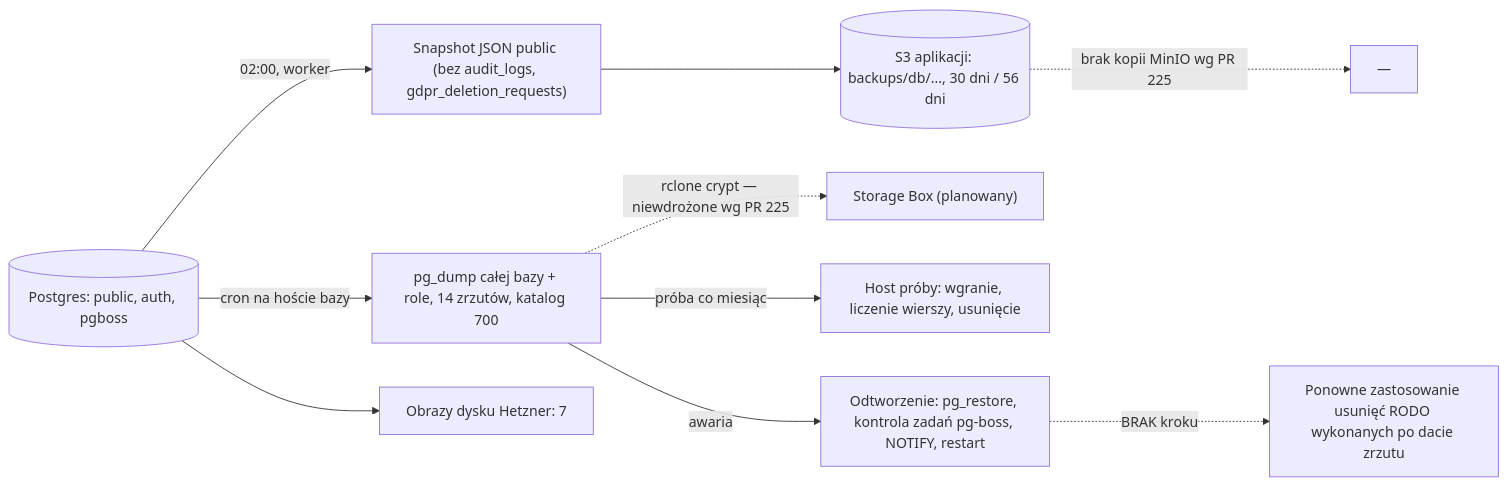
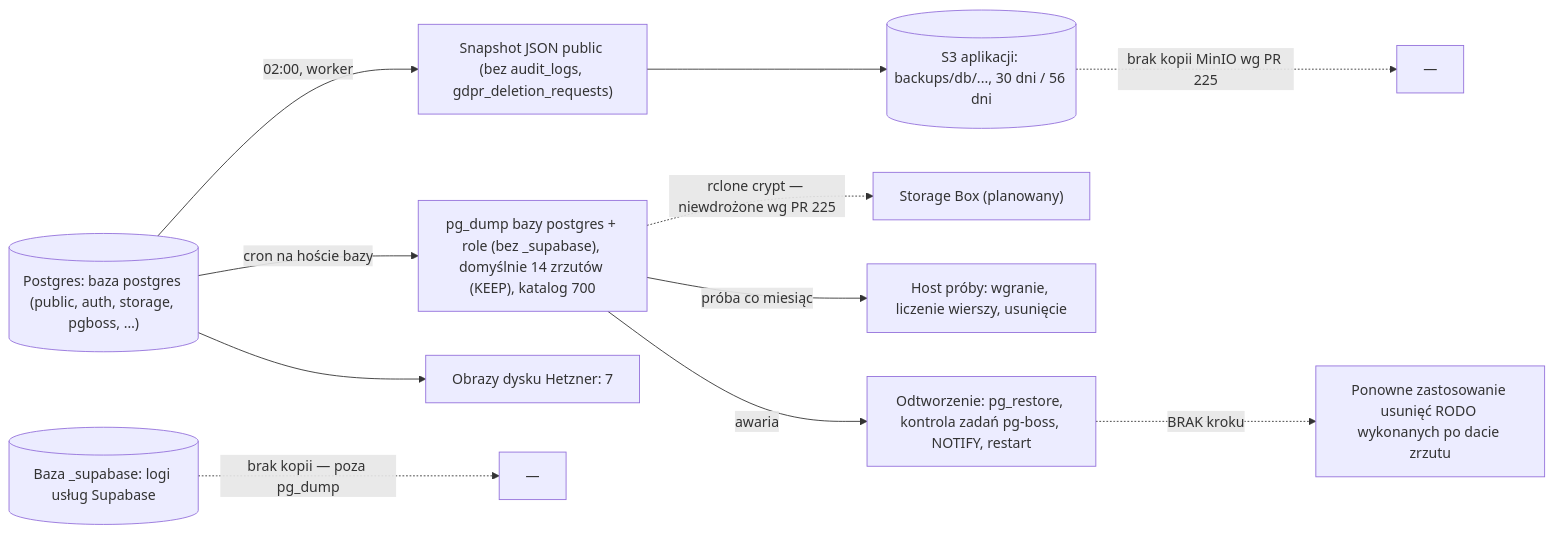
The seventh of 7 diagrams in docs/audyt/13-prywatnosc-i-zgodnosc/02-INWENTARZ-I-PRZEPLYWY.md (ezior8888-cpu/ksef-saas), drawn with Mermaid before and after one commit. The commit also changed other lines of this file and 16 other files, not shown here.

````diff
--- a/docs/audyt/13-prywatnosc-i-zgodnosc/02-INWENTARZ-I-PRZEPLYWY.md
+++ b/docs/audyt/13-prywatnosc-i-zgodnosc/02-INWENTARZ-I-PRZEPLYWY.md
@@ -426,12 +433,13 @@
 ```mermaid
 flowchart LR
-  DB[("Postgres: public, auth, pgboss")] -->|"02:00, worker"| SN["Snapshot JSON public (bez audit_logs, gdpr_deletion_requests)"]
+  DB[("Postgres: baza postgres (public, auth, storage, pgboss, …)")] -->|"02:00, worker"| SN["Snapshot JSON public (bez audit_logs, gdpr_deletion_requests)"]
   SN --> S3[("S3 aplikacji: backups/db/..., 30 dni / 56 dni")]
-  DB -->|"cron na hoście bazy"| DP["pg_dump całej bazy + role, 14 zrzutów, katalog 700"]
+  DB -->|"cron na hoście bazy"| DP["pg_dump bazy postgres + role (bez _supabase), domyślnie 14 zrzutów (KEEP), katalog 700"]
+  SLOG[("Baza _supabase: logi usług Supabase")] -.->|"brak kopii — poza pg_dump"| NONE2["—"]
   DP -.->|"rclone crypt — niewdrożone wg PR 225"| SB["Storage Box (planowany)"]
   DB --> HI["Obrazy dysku Hetzner: 7"]
   S3 -.->|"brak kopii MinIO wg PR 225"| NONE["—"]
   DP -->|"próba co miesiąc"| DR["Host próby: wgranie, liczenie wierszy, usunięcie"]
   DP -->|"awaria"| RS["Odtworzenie: pg_restore, kontrola zadań pg-boss, NOTIFY, restart"]
   RS -.->|"BRAK kroku"| RG["Ponowne zastosowanie usunięć RODO wykonanych po dacie zrzutu"]
 ```
````
